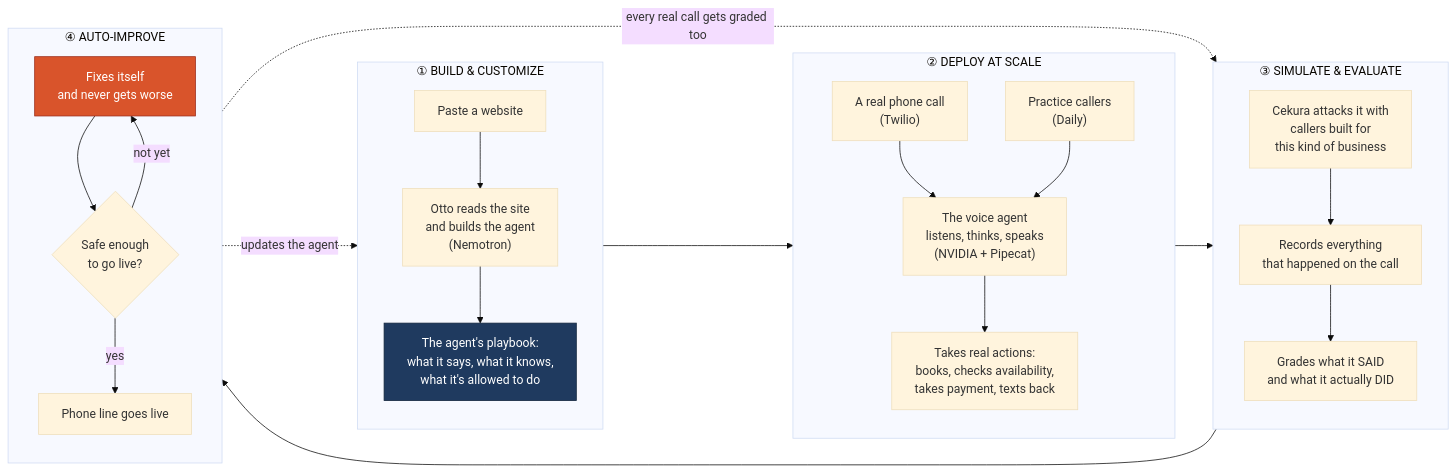
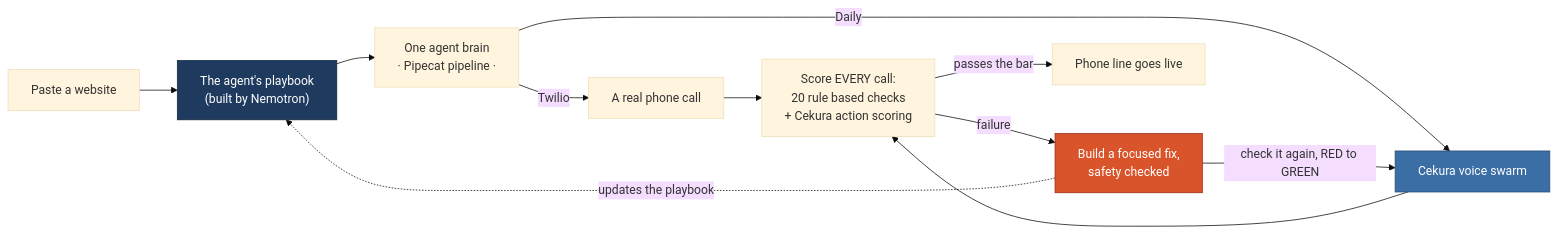
The first of 3 diagrams in README.md (adityasingh2400/otto), drawn with Mermaid (base theme) before and after one commit. The commit also changed other lines of this file, not shown here.

First line of the commit message:
docs(readme): rewrite for judges — two-swarm Cekura framing, plain language, dash-free

````diff
--- a/README.md
+++ b/README.md
@@ -77,39 +80,16 @@
 ```mermaid
 flowchart LR
-  subgraph B["① BUILD &amp; CUSTOMIZE"]
-    direction TB
-    URL["Paste a website"] --> EX["Otto reads the site<br/>and builds the agent<br/>(Nemotron)"]
-    EX --> SPEC["The agent's playbook:<br/>what it says, what it knows,<br/>what it's allowed to do"]
-  end
-
-  subgraph D["② DEPLOY AT SCALE"]
-    direction TB
-    TW["A real phone call<br/>(Twilio)"] --> PIPE["The voice agent<br/>listens, thinks, speaks<br/>(NVIDIA + Pipecat)"]
-    DLY["Practice callers<br/>(Daily)"] --> PIPE
-    PIPE --> BRAIN["Takes real actions:<br/>books, checks availability,<br/>takes payment, texts back"]
-  end
-
-  subgraph S["③ SIMULATE &amp; EVALUATE"]
-    direction TB
-    SWARM["Cekura attacks it with<br/>callers built for<br/>this kind of business"] --> TRACE["Records everything<br/>that happened on the call"]
-    TRACE --> TAX["Grades what it SAID<br/>and what it actually DID"]
-  end
-
-  subgraph A["④ AUTO-IMPROVE"]
-    direction TB
-    HEAL["Fixes itself<br/>and never gets worse"]:::hot
-    HEAL --> GATE{"Safe enough<br/>to go live?"}
-    GATE -->|"not yet"| HEAL
-    GATE -->|"yes"| ACT["Phone line goes live"]
-  end
-
-  SPEC --> PIPE
-  BRAIN --> SWARM
-  TAX --> HEAL
-  HEAL -.->|"updates the agent"| SPEC
-  ACT -.->|"every real call gets graded too"| TRACE
-
-  classDef hot fill:#d9542b,stroke:#9a2a18,color:#ffffff;
-  classDef spec fill:#1f3a5f,stroke:#13263d,color:#ffffff;
-  class SPEC spec;
+  URL["Paste a website"] --> SPEC["The agent's playbook<br/>(built by Nemotron)"]:::spec
+  SPEC --> BRAIN["One agent brain<br/>· Pipecat pipeline ·"]
+  BRAIN -->|"Twilio"| PHONE["A real phone call"]
+  BRAIN -->|"Daily"| SWARM["Cekura voice swarm"]:::cek
+  PHONE --> EVAL["Score EVERY call:<br/>20 rule based checks<br/>+ Cekura action scoring"]
+  SWARM --> EVAL
+  EVAL -->|"failure"| HEAL["Build a focused fix,<br/>safety checked"]:::hot
+  HEAL -->|"check it again, RED to GREEN"| SWARM
+  HEAL -.->|"updates the playbook"| SPEC
+  EVAL -->|"passes the bar"| LIVE["Phone line goes live"]
+  classDef cek fill:#3b6ea5,stroke:#274b73,color:#fff;
+  classDef hot fill:#d9542b,stroke:#9a2a18,color:#fff;
+  classDef spec fill:#1f3a5f,stroke:#13263d,color:#fff;
 ```
````
